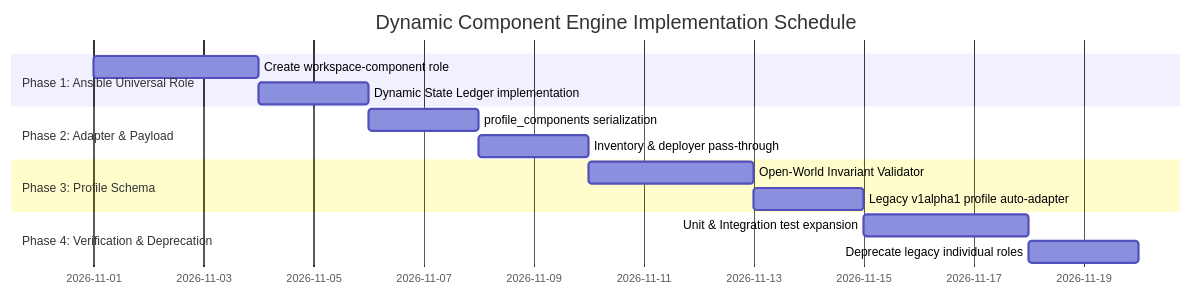
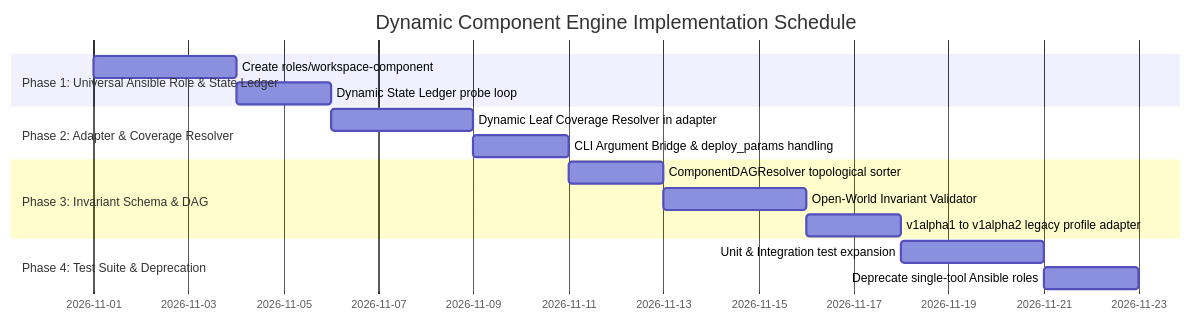
Before and after one commit to boredengineering/IsaacAutomator: the second of 2 diagrams in .agents/references/plans/dynamic-component-manifest-engine-plan.md, drawn with Mermaid. The commit also changed other lines of this file and 1 other file, not shown here.

Commit message:
dynamic componen manifest plan

````diff
--- a/.agents/references/plans/dynamic-component-manifest-engine-plan.md
+++ b/.agents/references/plans/dynamic-component-manifest-engine-plan.md
@@ -278,17 +500,18 @@
 ```mermaid
 gantt
     title Dynamic Component Engine Implementation Schedule
     dateFormat  YYYY-MM-DD
-    section Phase 1: Ansible Universal Role
-    Create workspace-component role            :p1_1, 2026-11-01, 3d
-    Dynamic State Ledger implementation        :p1_2, after p1_1, 2d
-    section Phase 2: Adapter & Payload
-    profile_components serialization          :p2_1, after p1_2, 2d
-    Inventory & deployer pass-through          :p2_2, after p2_1, 2d
-    section Phase 3: Profile Schema
-    Open-World Invariant Validator             :p3_1, after p2_2, 3d
-    Legacy v1alpha1 profile auto-adapter       :p3_2, after p3_1, 2d
-    section Phase 4: Verification & Deprecation
-    Unit & Integration test expansion          :p4_1, after p3_2, 3d
-    Deprecate legacy individual roles          :p4_2, after p4_1, 2d
+    section Phase 1: Universal Ansible Role & State Ledger
+    Create roles/workspace-component             :p1_1, 2026-11-01, 3d
+    Dynamic State Ledger probe loop              :p1_2, after p1_1, 2d
+    section Phase 2: Adapter & Coverage Resolver
+    Dynamic Leaf Coverage Resolver in adapter    :p2_1, after p1_2, 3d
+    CLI Argument Bridge & deploy_params handling :p2_2, after p2_1, 2d
+    section Phase 3: Invariant Schema & DAG
+    ComponentDAGResolver topological sorter      :p3_1, after p2_2, 2d
+    Open-World Invariant Validator               :p3_2, after p3_1, 3d
+    v1alpha1 to v1alpha2 legacy profile adapter  :p3_3, after p3_2, 2d
+    section Phase 4: Test Suite & Deprecation
+    Unit & Integration test expansion            :p4_1, after p3_3, 3d
+    Deprecate single-tool Ansible roles          :p4_2, after p4_1, 2d
 ```
````
